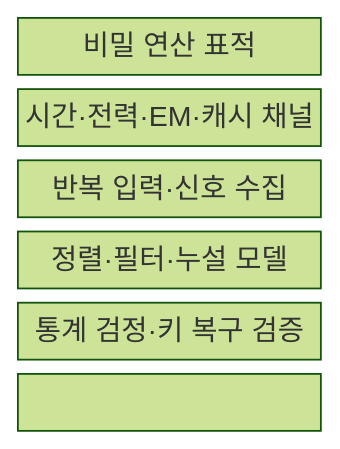
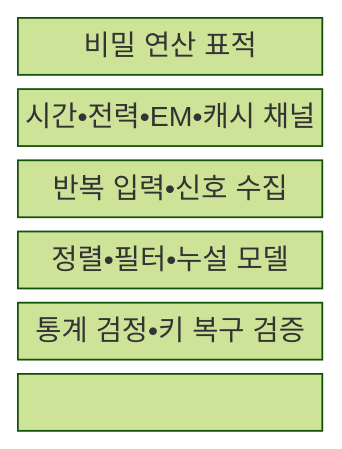
Before and after one commit to agnusdei1207/knowledge-base: the first of 2 diagrams in src/content/docs/notes/05-security/130_side_channel_attack.md, drawn with Mermaid (forest theme). The commit also changed other lines of this file and 953 other files, not shown here.

````diff
--- a/src/content/docs/notes/05-security/130_side_channel_attack.md
+++ b/src/content/docs/notes/05-security/130_side_channel_attack.md
@@ -66,11 +66,11 @@
 ```mermaid
 block-beta
   columns 1
   T["비밀 연산 표적"]
-  C["시간·전력·EM·캐시 채널"]
-  S["반복 입력·신호 수집"]
-  P["정렬·필터·누설 모델"]
-  V["통계 검정·키 복구 검증"]
+  C["시간•전력•EM•캐시 채널"]
+  S["반복 입력•신호 수집"]
+  P["정렬•필터•누설 모델"]
+  V["통계 검정•키 복구 검증"]
   T --- C --- S
   S --- P --- V
 ```
````
